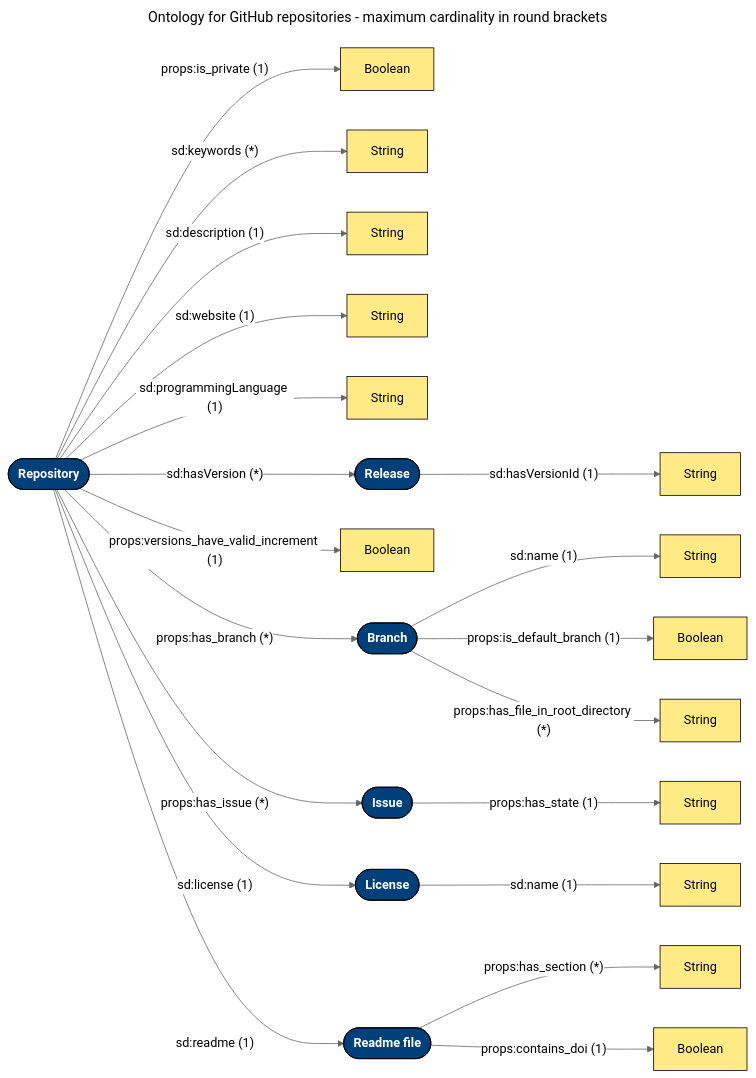
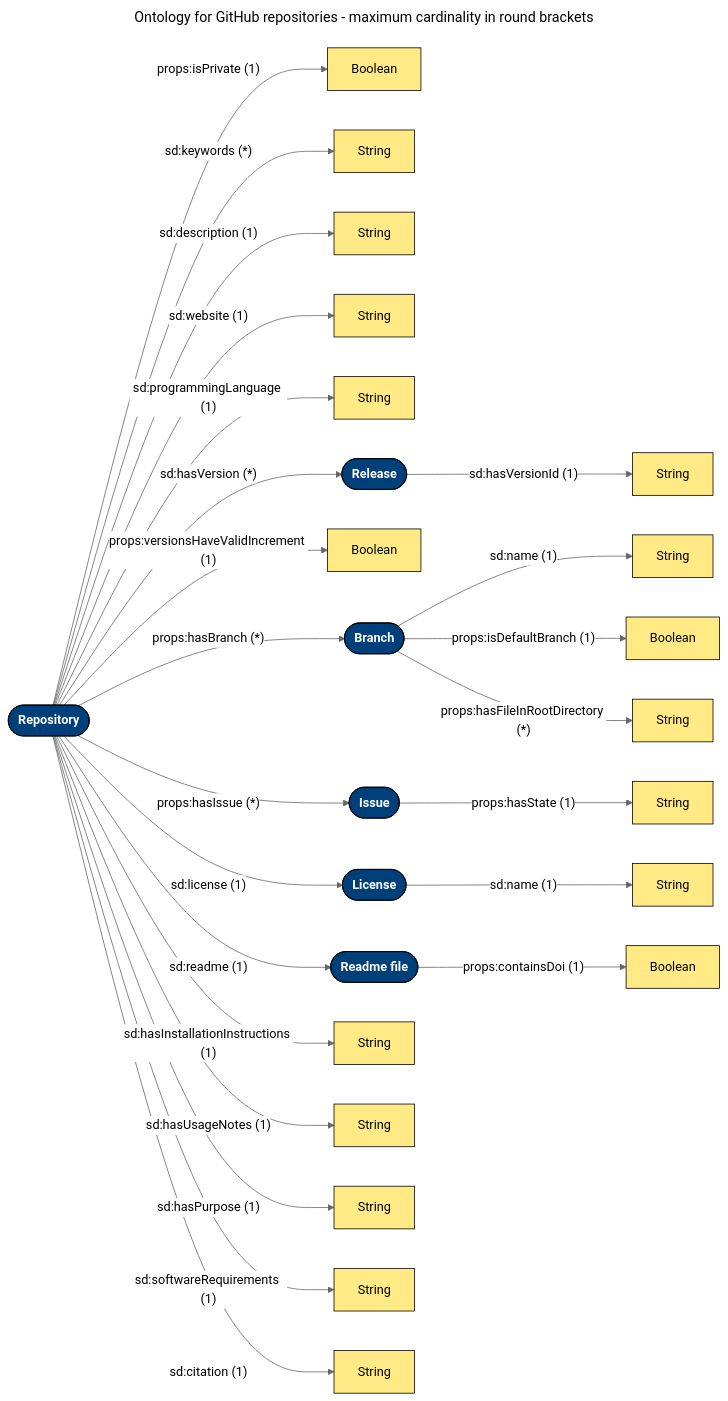
Before and after one commit to uniba-mi/quare: the diagram in README.md, drawn with Mermaid (neutral theme). The commit also changed other lines of this file and 4 other files, not shown here.

````diff
--- a/README.md
+++ b/README.md
@@ -47,58 +47,66 @@
 ```mermaid
 ---
 title: Ontology for GitHub repositories - maximum cardinality in round brackets
 ---
 flowchart LR
 %% NODE SECTION
 %% IRIs and Literals that are directly linked to the repository node
     repo([<b>Repository</b>]):::iri
     visibility[Boolean]:::literal
     topic[String]:::literal
     description[String]:::literal
     homepage[String]:::literal
     mainLanguage[String]:::literal
     release([<b>Release</b>]):::iri
     validVersionIncrement[Boolean]:::literal
     branch([<b>Branch</b>]):::iri
     issue([<b>Issue</b>]):::iri
     license([<b>License</b>]):::iri
     readme([<b>Readme file</b>]):::iri
+    installationInstructions[String]:::literal
+    usageNotes[String]:::literal
+    purpose[String]:::literal
+    softwareRequirements[String]:::literal
+    citation[String]:::literal
 
 %% Literals that can be reached from the other IRIs
     tagName[String]:::literal
     branchName[String]:::literal
     isDefaultBranch[Boolean]:::literal
     fileInRootDirectory[String]:::literal
     issueState[String]:::literal
     licenseName[String]:::literal
-    readmeSection[String]:::literal
     doiInReadme[Boolean]:::literal
 
 %% LINK SECTION
 %% Outgoing links of the repository node
-    repo -- "props:is_private (1)" --> visibility
+    repo -- "props:isPrivate (1)" --> visibility
     repo -- "sd:keywords (*)" --> topic
     repo -- "sd:description (1)" --> description
     repo -- "sd:website (1)" --> homepage
     repo -- "sd:programmingLanguage (1)" --> mainLanguage
     repo -- "sd:hasVersion (*)" --> release
-    repo -- "props:versions_have_valid_increment (1)" --> validVersionIncrement
-    repo -- "props:has_branch (*)" --> branch
-    repo -- "props:has_issue (*)" --> issue
+    repo -- "props:versionsHaveValidIncrement (1)" --> validVersionIncrement
+    repo -- "props:hasBranch (*)" --> branch
+    repo -- "props:hasIssue (*)" --> issue
     repo -- "sd:license (1)" --> license
     repo -- "sd:readme (1)" --> readme
+    repo -- "sd:hasInstallationInstructions (1)" --> installationInstructions
+    repo -- "sd:hasUsageNotes (1)" --> usageNotes
+    repo -- "sd:hasPurpose (1)" --> purpose
+    repo -- "sd:softwareRequirements (1)" --> softwareRequirements
+    repo -- "sd:citation (1)" --> citation
 
 %% Outgoing links of the other IRIs
     release -- "sd:hasVersionId (1)" --> tagName
     branch -- "sd:name (1)" --> branchName
-    branch -- "props:is_default_branch (1)" --> isDefaultBranch
-    branch -- "props:has_file_in_root_directory (*)" --> fileInRootDirectory
-    issue -- "props:has_state (1)" --> issueState
+    branch -- "props:isDefaultBranch (1)" --> isDefaultBranch
+    branch -- "props:hasFileInRootDirectory (*)" --> fileInRootDirectory
+    issue -- "props:hasState (1)" --> issueState
     license -- "sd:name (1)" --> licenseName
-    readme -- "props:has_section (*)" --> readmeSection
-    readme -- "props:contains_doi (1)" --> doiInReadme
+    readme -- "props:containsDoi (1)" --> doiInReadme
 
 %% STYLING
     classDef literal fill:#FFEA85, stroke:#000
     classDef iri fill:#00407A, color:white, stroke:#000
 ```
````
